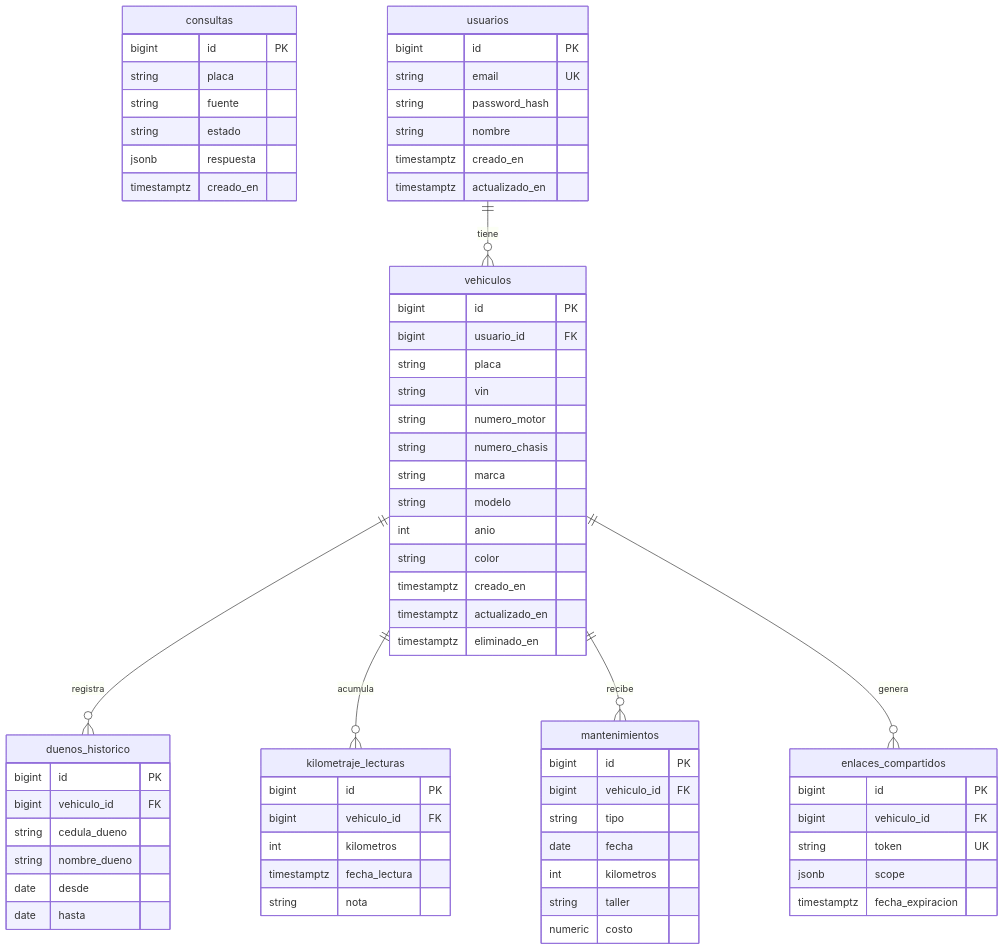
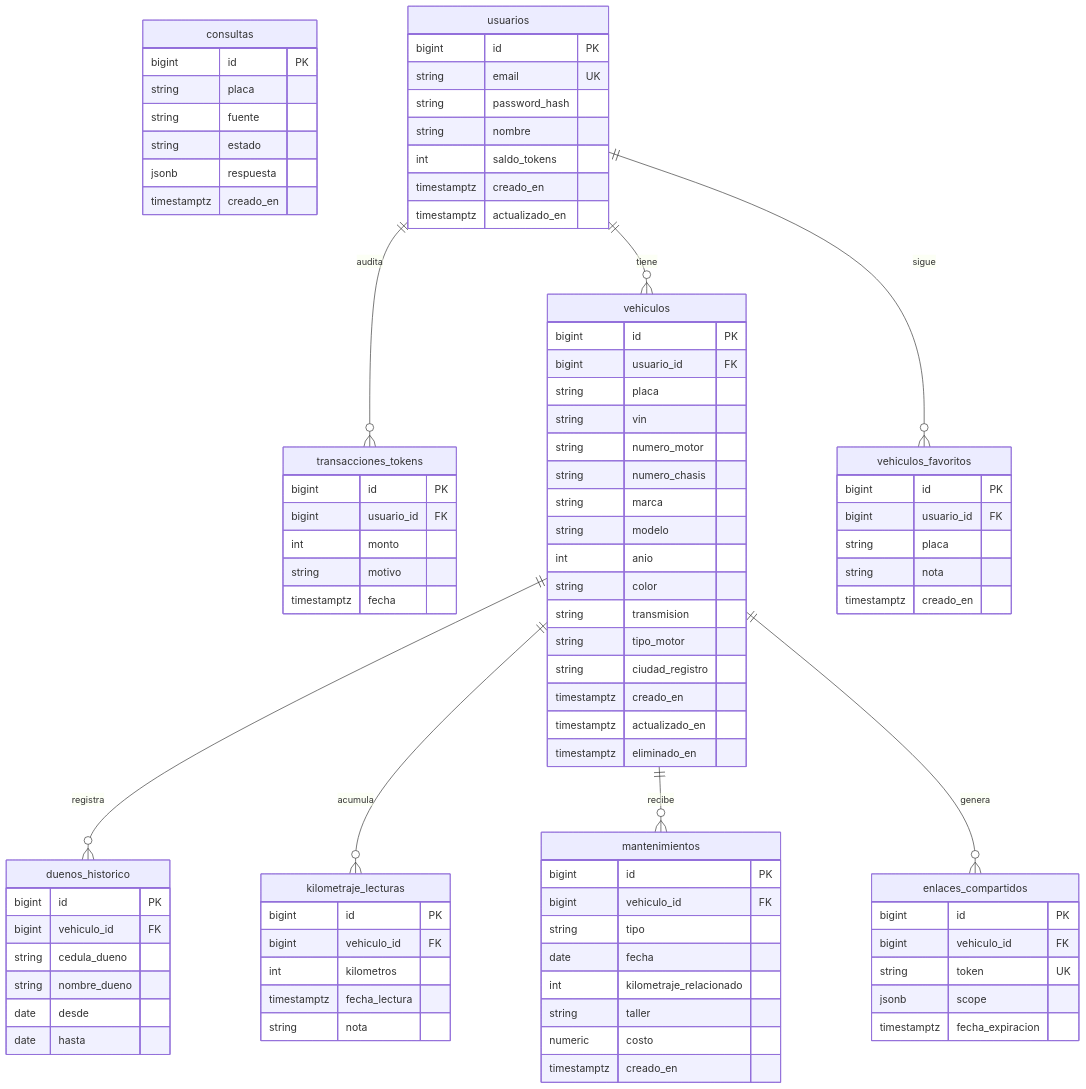
Before and after one commit to VMarcosGC/consulta-placas-ec: the fourth of 5 diagrams in docs/arquitectura.md, drawn with Mermaid. The commit also changed other lines of this file and 1 other file, not shown here.

First line of the commit message:
docs: cerrar Fase 3 en CLAUDE.md y actualizar diagramas

```diff
--- a/docs/arquitectura.md
+++ b/docs/arquitectura.md
@@ -161,8 +162,17 @@
         string email UK
         string password_hash
         string nombre
+        int saldo_tokens
         timestamptz creado_en
         timestamptz actualizado_en
+    }
+
+    transacciones_tokens {
+        bigint id PK
+        bigint usuario_id FK
+        int monto
+        string motivo
+        timestamptz fecha
     }
 
     vehiculos {
@@ -176,9 +186,20 @@
         string modelo
         int anio
         string color
+        string transmision
+        string tipo_motor
+        string ciudad_registro
         timestamptz creado_en
         timestamptz actualizado_en
         timestamptz eliminado_en
+    }
+
+    vehiculos_favoritos {
+        bigint id PK
+        bigint usuario_id FK
+        string placa
+        string nota
+        timestamptz creado_en
     }
 
     duenos_historico {
@@ -203,9 +224,10 @@
         bigint vehiculo_id FK
         string tipo
         date fecha
-        int kilometros
+        int kilometraje_relacionado
         string taller
         numeric costo
+        timestamptz creado_en
     }
 
     enlaces_compartidos {
@@ -217,6 +239,8 @@
     }
 
     usuarios ||--o{ vehiculos : tiene
+    usuarios ||--o{ transacciones_tokens : audita
+    usuarios ||--o{ vehiculos_favoritos : sigue
     vehiculos ||--o{ duenos_historico : registra
     vehiculos ||--o{ kilometraje_lecturas : acumula
     vehiculos ||--o{ mantenimientos : recibe
```
